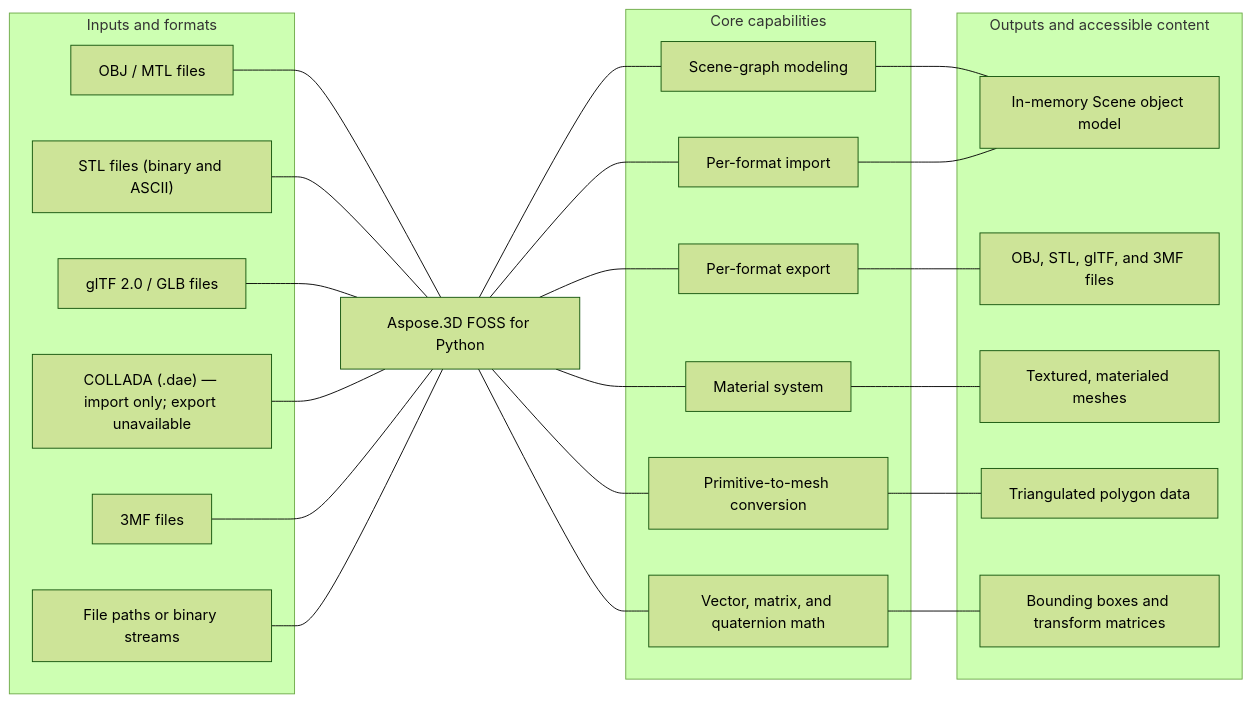
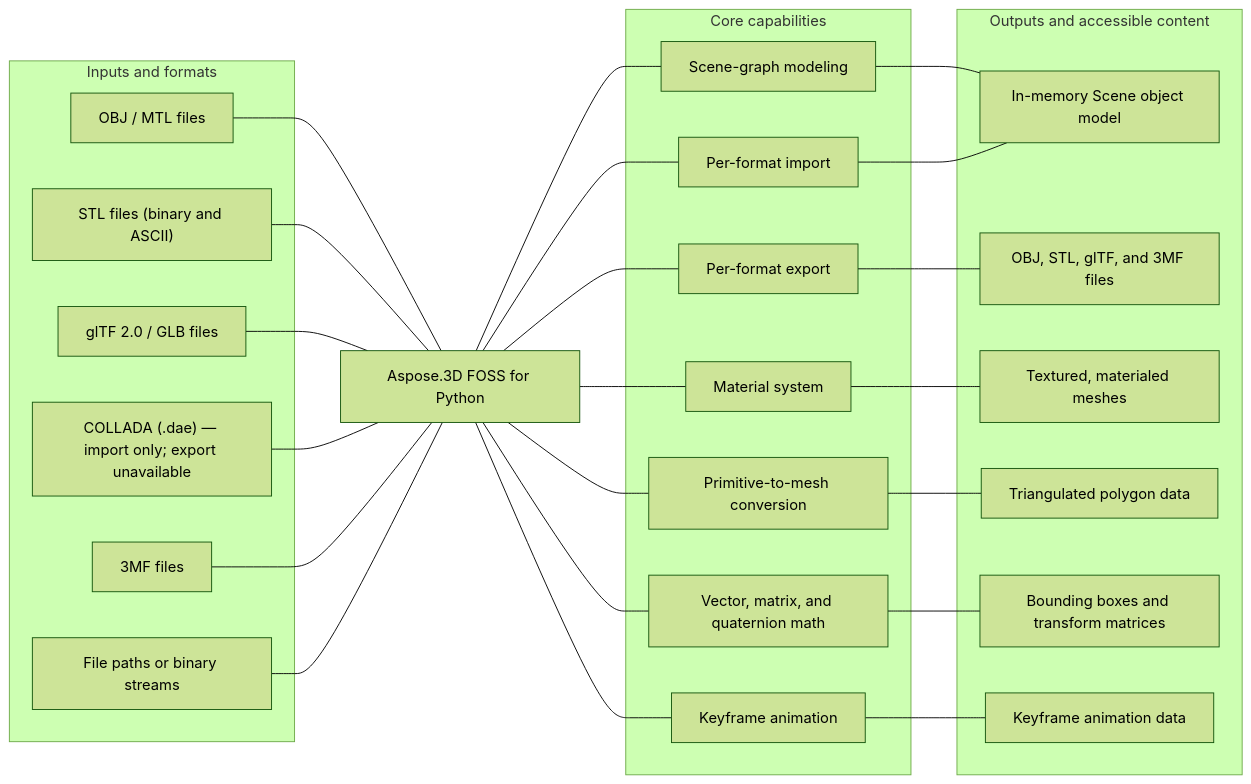
The diagram in README.md (aspose-3d-foss/Aspose.3D-FOSS-for-Python), drawn with Mermaid (forest theme) before and after one commit. The commit also changed other lines of this file, not shown here.

First line of the commit message:
docs: restore Animation capability category to Key capabilities and API reference

````diff
--- a/README.md
+++ b/README.md
@@ -25,49 +25,53 @@
 ```mermaid
 flowchart LR
   subgraph Inputs["Inputs and formats"]
     I1["OBJ / MTL files"]
     I2["STL files (binary and ASCII)"]
     I3["glTF 2.0 / GLB files"]
     I4["COLLADA (.dae) — import only; export unavailable"]
     I5["3MF files"]
     I6["File paths or binary streams"]
   end
 
   PRODUCT["Aspose.3D FOSS for Python"]
 
   subgraph Capabilities["Core capabilities"]
     C1["Scene-graph modeling"]
     C2["Per-format import"]
     C3["Per-format export"]
     C4["Material system"]
     C5["Primitive-to-mesh conversion"]
     C6["Vector, matrix, and quaternion math"]
+    C7["Keyframe animation"]
   end
 
   subgraph Outputs["Outputs and accessible content"]
     O1["In-memory Scene object model"]
     O2["OBJ, STL, glTF, and 3MF files"]
     O3["Textured, materialed meshes"]
     O4["Triangulated polygon data"]
     O5["Bounding boxes and transform matrices"]
+    O6["Keyframe animation data"]
   end
 
   I1 --- PRODUCT
   I2 --- PRODUCT
   I3 --- PRODUCT
   I4 --- PRODUCT
   I5 --- PRODUCT
   I6 --- PRODUCT
   PRODUCT --- C1
   PRODUCT --- C2
   PRODUCT --- C3
   PRODUCT --- C4
   PRODUCT --- C5
   PRODUCT --- C6
+  PRODUCT --- C7
   C1 --- O1
   C2 --- O1
   C3 --- O2
   C4 --- O3
   C5 --- O4
   C6 --- O5
+  C7 --- O6
 ```
````
